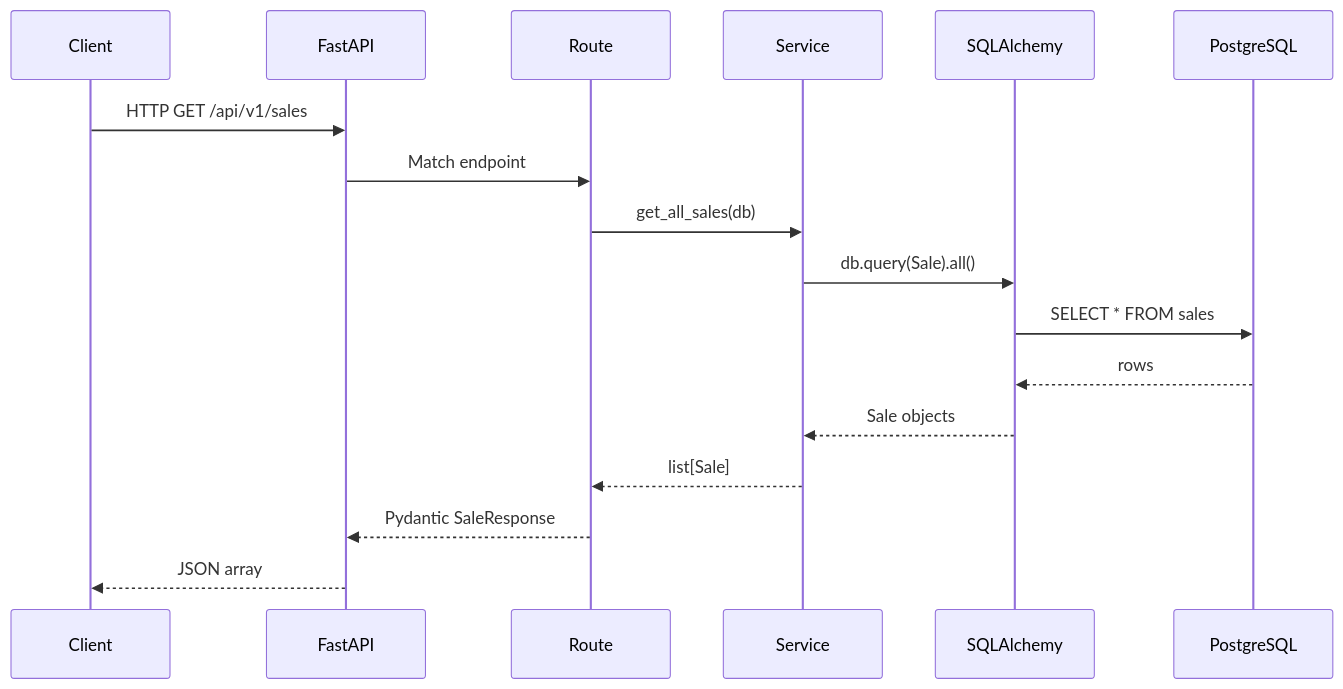
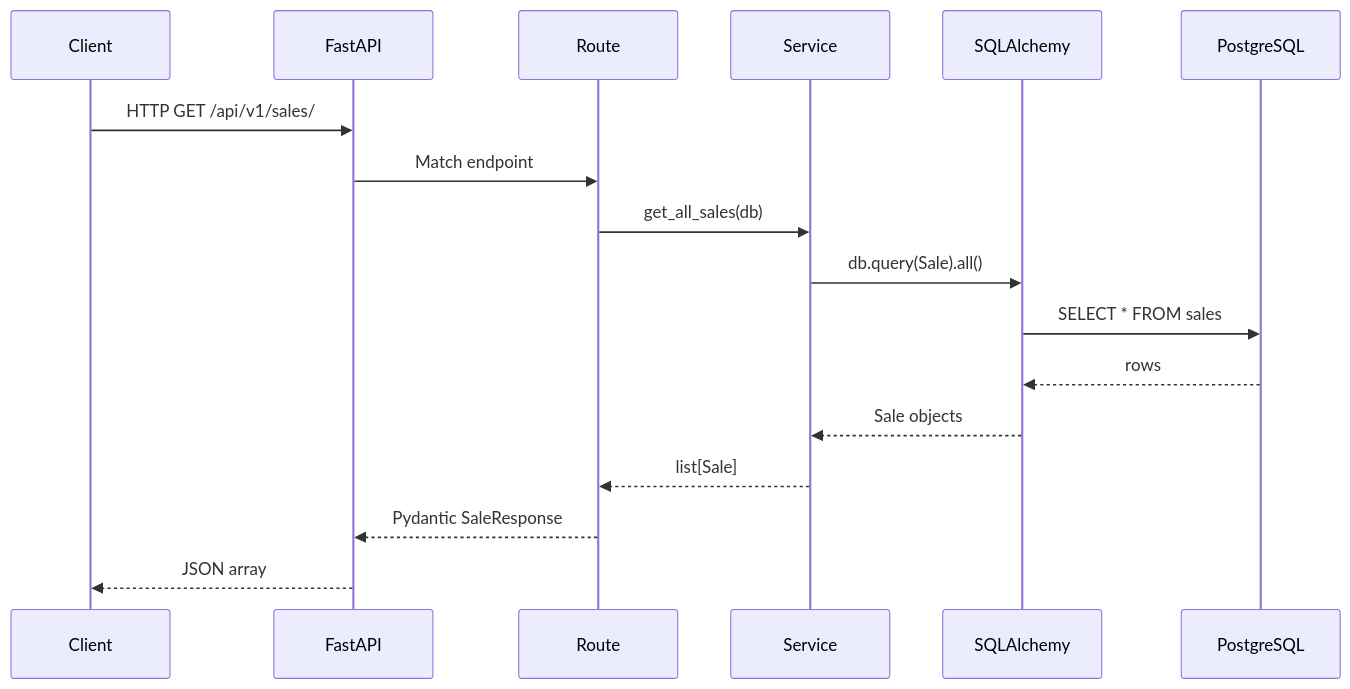
The third of 6 diagrams in README.md (OjusGupta/Finsight), drawn with Mermaid before and after one commit. The commit also changed other lines of this file and 67 other files, not shown here.

````diff
--- a/README.md
+++ b/README.md
@@ -153,20 +145,20 @@
 ```mermaid
 sequenceDiagram
     participant C as Client
     participant F as FastAPI
     participant R as Route
     participant S as Service
     participant ORM as SQLAlchemy
     participant DB as PostgreSQL
 
-    C->>F: HTTP GET /api/v1/sales
+    C->>F: HTTP GET /api/v1/sales/
     F->>R: Match endpoint
     R->>S: get_all_sales(db)
     S->>ORM: db.query(Sale).all()
     ORM->>DB: SELECT * FROM sales
     DB-->>ORM: rows
     ORM-->>S: Sale objects
     S-->>R: list[Sale]
     R-->>F: Pydantic SaleResponse
     F-->>C: JSON array
 ```
````
